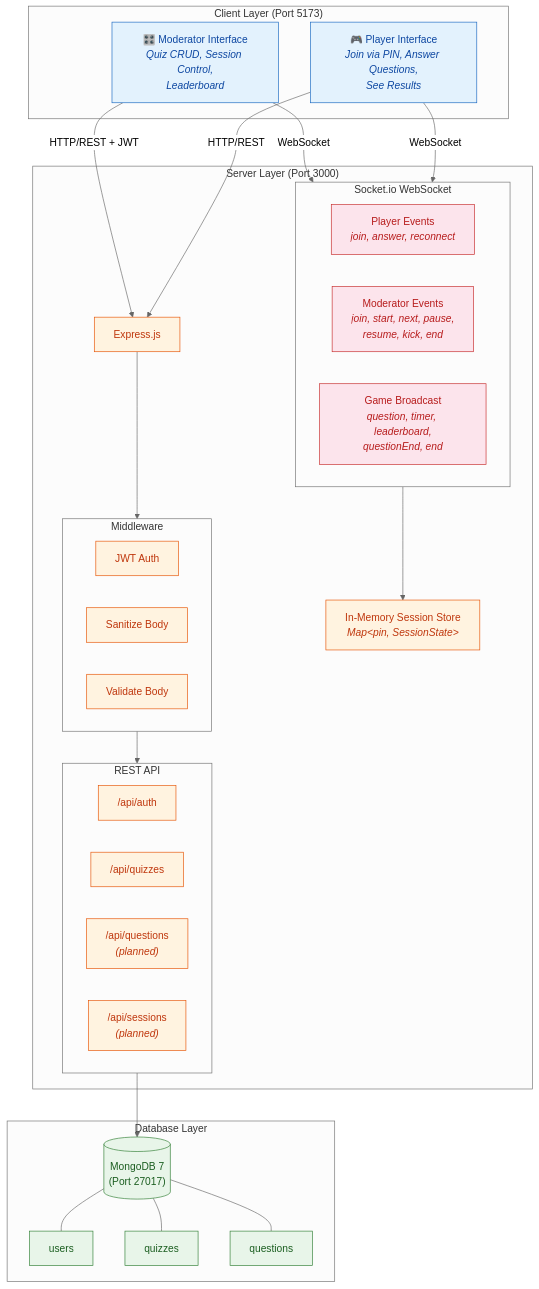
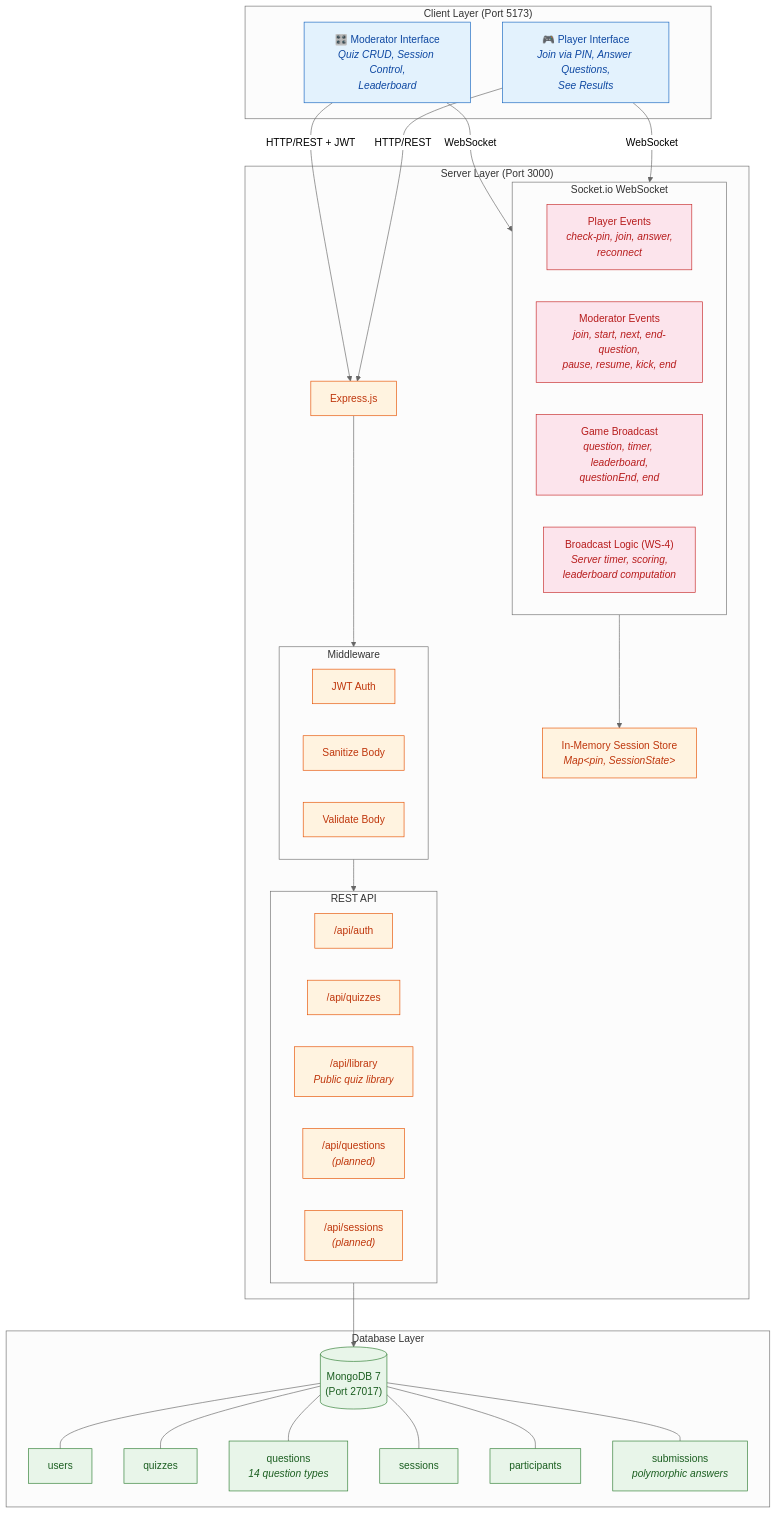
One commit to anshamray/Answr changed the first of 5 diagrams in docs/Architektur.md. Above: the diagram before and after it, drawn with Mermaid (neutral theme). The commit also changed other lines of this file and 33 other files, not shown here.

First line of the commit message:
feat: enhance API and server structure with new library routes and response handling

````diff
--- a/docs/Architektur.md
+++ b/docs/Architektur.md
@@ -7,63 +7,71 @@
 ```mermaid
 graph TB
   subgraph Client ["Client Layer (Port 5173)"]
     MOD_UI["🎛️ Moderator Interface<br/><i>Quiz CRUD, Session Control,<br/>Leaderboard</i>"]
     PLAYER_UI["🎮 Player Interface<br/><i>Join via PIN, Answer Questions,<br/>See Results</i>"]
   end
 
   subgraph Server ["Server Layer (Port 3000)"]
     EXPRESS["Express.js"]
 
     subgraph REST ["REST API"]
       AUTH_R["/api/auth"]
       QUIZ_R["/api/quizzes"]
+      LIBRARY_R["/api/library<br/><i>Public quiz library</i>"]
       QUESTION_R["/api/questions<br/><i>(planned)</i>"]
       SESSION_R["/api/sessions<br/><i>(planned)</i>"]
     end
 
     subgraph WS ["Socket.io WebSocket"]
-      PLAYER_EVT["Player Events<br/><i>join, answer, reconnect</i>"]
-      MOD_EVT["Moderator Events<br/><i>join, start, next, pause,<br/>resume, kick, end</i>"]
+      PLAYER_EVT["Player Events<br/><i>check-pin, join, answer,<br/>reconnect</i>"]
+      MOD_EVT["Moderator Events<br/><i>join, start, next, end-question,<br/>pause, resume, kick, end</i>"]
       GAME_EVT["Game Broadcast<br/><i>question, timer, leaderboard,<br/>questionEnd, end</i>"]
+      BROADCAST_EVT["Broadcast Logic (WS-4)<br/><i>Server timer, scoring,<br/>leaderboard computation</i>"]
     end
 
     subgraph MW ["Middleware"]
       JWT_AUTH["JWT Auth"]
       SANITIZE["Sanitize Body"]
       VALIDATE["Validate Body"]
     end
 
     SESSION_MEM["In-Memory Session Store<br/><i>Map&lt;pin, SessionState&gt;</i>"]
   end
 
   subgraph DB ["Database Layer"]
     MONGO[("MongoDB 7<br/>(Port 27017)")]
     USERS_COL["users"]
     QUIZZES_COL["quizzes"]
-    QUESTIONS_COL["questions"]
+    QUESTIONS_COL["questions<br/><i>14 question types</i>"]
+    SESSIONS_COL["sessions"]
+    PARTICIPANTS_COL["participants"]
+    SUBMISSIONS_COL["submissions<br/><i>polymorphic answers</i>"]
   end
 
   MOD_UI -- "HTTP/REST + JWT" --> EXPRESS
   PLAYER_UI -- "HTTP/REST" --> EXPRESS
   MOD_UI -- "WebSocket" --> WS
   PLAYER_UI -- "WebSocket" --> WS
 
   EXPRESS --> MW --> REST
   REST --> MONGO
   WS --> SESSION_MEM
 
   MONGO --- USERS_COL
   MONGO --- QUIZZES_COL
   MONGO --- QUESTIONS_COL
+  MONGO --- SESSIONS_COL
+  MONGO --- PARTICIPANTS_COL
+  MONGO --- SUBMISSIONS_COL
 
   classDef clientStyle fill:#e3f2fd,stroke:#1565c0,color:#0d47a1
   classDef serverStyle fill:#fff3e0,stroke:#e65100,color:#bf360c
   classDef dbStyle fill:#e8f5e9,stroke:#2e7d32,color:#1b5e20
   classDef wsStyle fill:#fce4ec,stroke:#c62828,color:#b71c1c
 
   class MOD_UI,PLAYER_UI clientStyle
   class EXPRESS,JWT_AUTH,SANITIZE,VALIDATE,SESSION_MEM serverStyle
-  class AUTH_R,QUIZ_R,QUESTION_R,SESSION_R serverStyle
-  class PLAYER_EVT,MOD_EVT,GAME_EVT wsStyle
-  class MONGO,USERS_COL,QUIZZES_COL,QUESTIONS_COL dbStyle
+  class AUTH_R,QUIZ_R,LIBRARY_R,QUESTION_R,SESSION_R serverStyle
+  class PLAYER_EVT,MOD_EVT,GAME_EVT,BROADCAST_EVT wsStyle
+  class MONGO,USERS_COL,QUIZZES_COL,QUESTIONS_COL,SESSIONS_COL,PARTICIPANTS_COL,SUBMISSIONS_COL dbStyle
 ```
````
